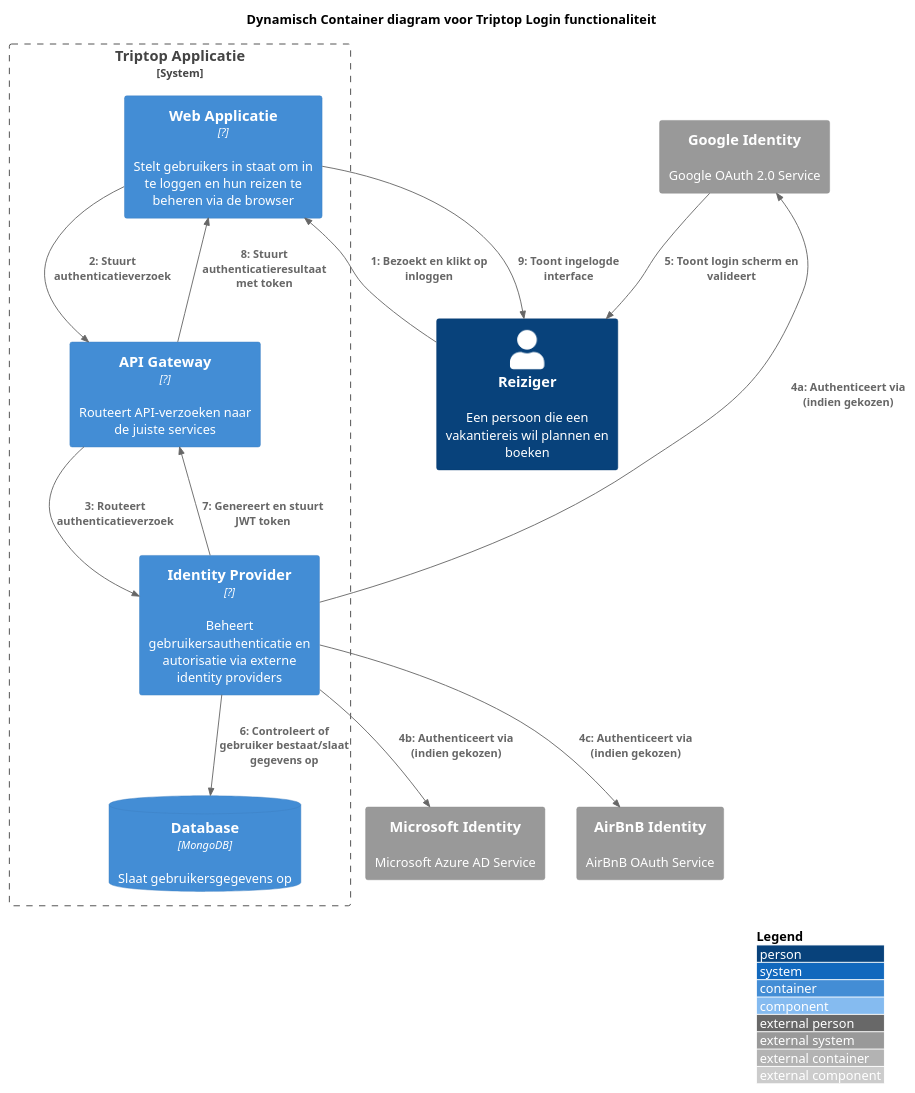
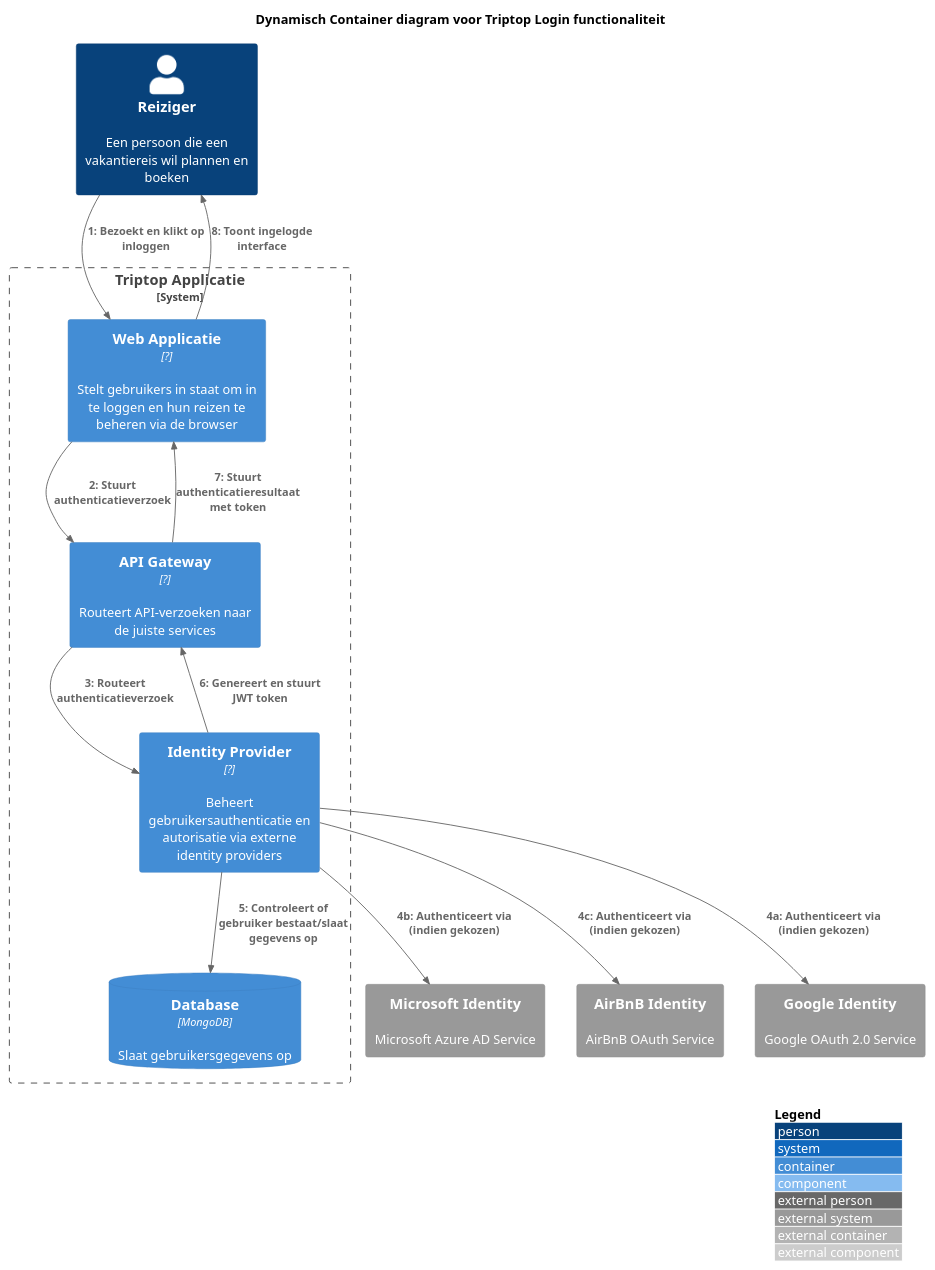
One commit to AIM-ENE-feb25/triptop-groep-5 changed the diagram in software-guidebook/logincontainer.puml. Above: the diagram before and after it, drawn with PlantUML.

Commit message:
update to logincontainer

```diff
--- a/software-guidebook/logincontainer.puml
+++ b/software-guidebook/logincontainer.puml
@@ -1,38 +1,37 @@
 @startuml "Triptop Login - Herzien Dynamisch Container Diagram"
 !include https://raw.githubusercontent.com/plantuml-stdlib/C4-PlantUML/master/C4_Container.puml
 !include https://raw.githubusercontent.com/plantuml-stdlib/C4-PlantUML/master/C4_Dynamic.puml
 
 LAYOUT_WITH_LEGEND()
 
 title Dynamisch Container diagram voor Triptop Login functionaliteit
 
 Person(reiziger, "Reiziger", "Een persoon die een vakantiereis wil plannen en boeken")
 
 System_Boundary(triptopSysteem, "Triptop Applicatie") {
     Container(webApp, "Web Applicatie", "?", "Stelt gebruikers in staat om in te loggen en hun reizen te beheren via de browser")
 
     Container(apiGateway, "API Gateway", "?", "Routeert API-verzoeken naar de juiste services")
 
     Container(identityProvider, "Identity Provider", "?", "Beheert gebruikersauthenticatie en autorisatie via externe identity providers")
 
     ContainerDb(Db, "Database", "MongoDB", "Slaat gebruikersgegevens op")
 }
 
 System_Ext(microsoftIdentity, "Microsoft Identity", "Microsoft Azure AD Service")
 System_Ext(airbnbIdentity, "AirBnB Identity", "AirBnB OAuth Service")
 System_Ext(googleIdentity, "Google Identity", "Google OAuth 2.0 Service")
 
 ' Dynamische interacties met nummering om de volgorde aan te geven
 RelIndex(1, reiziger, webApp, "Bezoekt en klikt op inloggen")
 RelIndex(2, webApp, apiGateway, "Stuurt authenticatieverzoek")
 RelIndex(3, apiGateway, identityProvider, "Routeert authenticatieverzoek")
 RelIndex(4a, identityProvider, googleIdentity, "Authenticeert via (indien gekozen)")
 RelIndex(4b, identityProvider, microsoftIdentity, "Authenticeert via (indien gekozen)")
 RelIndex(4c, identityProvider, airbnbIdentity, "Authenticeert via (indien gekozen)")
-RelIndex(5, googleIdentity, reiziger, "Toont login scherm en valideert")
-RelIndex(6, identityProvider, Db, "Controleert of gebruiker bestaat/slaat gegevens op")
-RelIndex(7, identityProvider, apiGateway, "Genereert en stuurt JWT token")
-RelIndex(8, apiGateway, webApp, "Stuurt authenticatieresultaat met token")
-RelIndex(9, webApp, reiziger, "Toont ingelogde interface")
+RelIndex(5, identityProvider, Db, "Controleert of gebruiker bestaat/slaat gegevens op")
+RelIndex(6, identityProvider, apiGateway, "Genereert en stuurt JWT token")
+RelIndex(7, apiGateway, webApp, "Stuurt authenticatieresultaat met token")
+RelIndex(8, webApp, reiziger, "Toont ingelogde interface")
 
 @enduml
```
